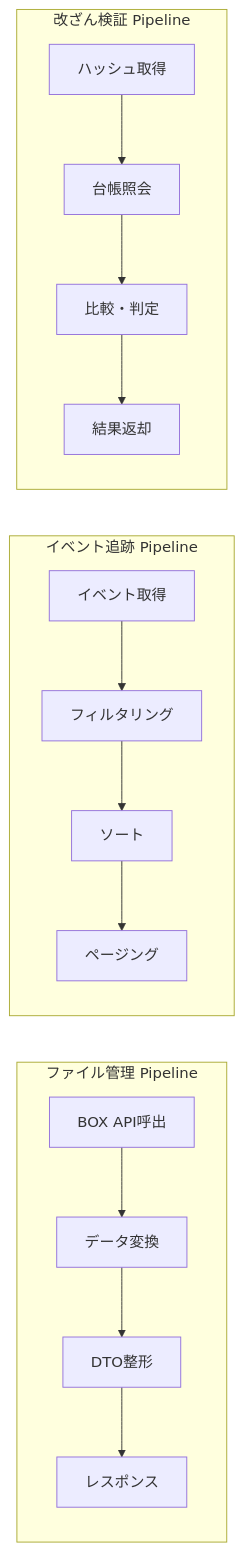
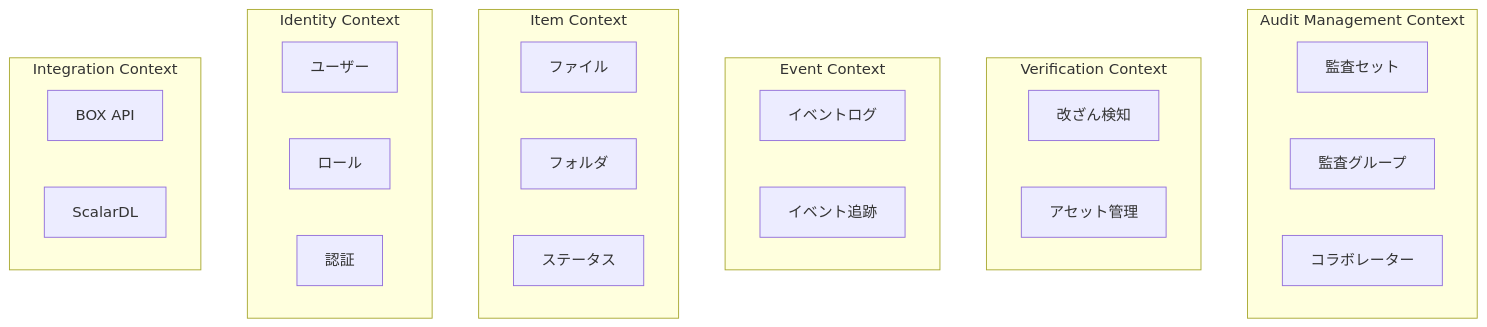
One commit to wfukatsu/refactoring-agent-for-claude-code changed the first of 2 diagrams in reports/03_design/domain-analysis.md. Above: the diagram before and after it, drawn with Mermaid. The commit also changed other lines of this file and 26 other files, not shown here.

````diff
--- a/reports/03_design/domain-analysis.md
+++ b/reports/03_design/domain-analysis.md
@@ -69,20 +42,35 @@
 ```mermaid
-graph LR
-    subgraph "ファイル管理 Pipeline"
-        F1[BOX API呼出] --> F2[データ変換]
-        F2 --> F3[DTO整形]
-        F3 --> F4[レスポンス]
+graph TB
+    subgraph "Audit Management Context"
+        AS[監査セット]
+        AG[監査グループ]
+        COL[コラボレーター]
     end
-
-    subgraph "イベント追跡 Pipeline"
-        E1[イベント取得] --> E2[フィルタリング]
-        E2 --> E3[ソート]
-        E3 --> E4[ページング]
+    
+    subgraph "Verification Context"
+        VER[改ざん検知]
+        ASSET[アセット管理]
     end
-
-    subgraph "改ざん検証 Pipeline"
-        V1[ハッシュ取得] --> V2[台帳照会]
-        V2 --> V3[比較・判定]
-        V3 --> V4[結果返却]
+    
+    subgraph "Event Context"
+        EVT[イベントログ]
+        TRACK[イベント追跡]
+    end
+    
+    subgraph "Item Context"
+        FILE[ファイル]
+        FOLDER[フォルダ]
+        STATUS[ステータス]
+    end
+    
+    subgraph "Identity Context"
+        USER[ユーザー]
+        ROLE[ロール]
+        AUTH[認証]
+    end
+    
+    subgraph "Integration Context"
+        BOX[BOX API]
+        DL[ScalarDL]
     end
 ```
````
